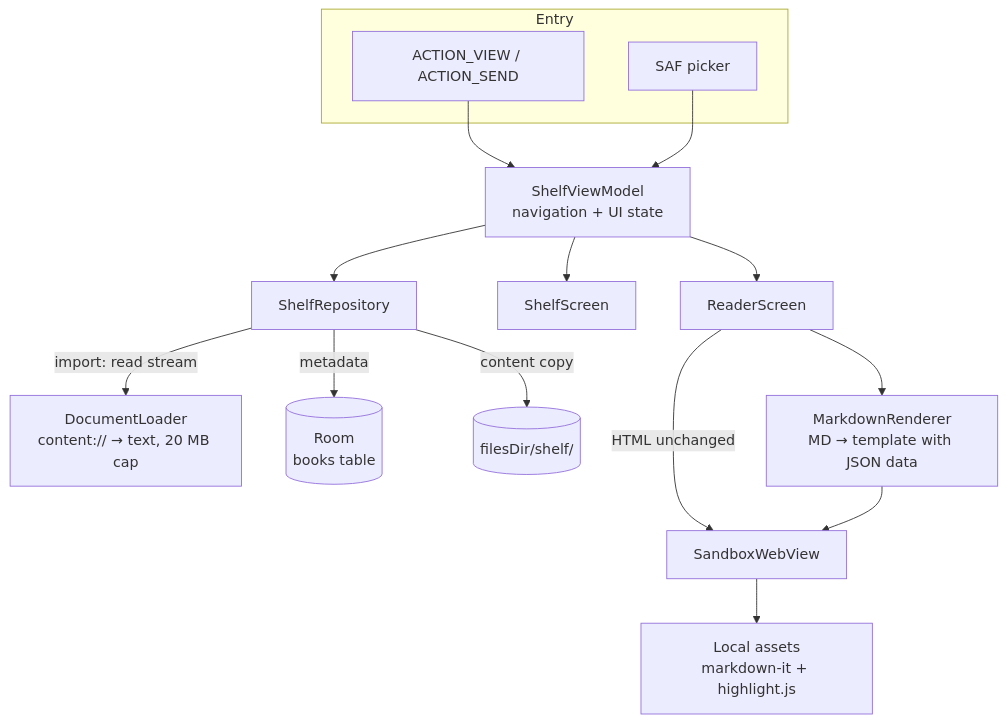
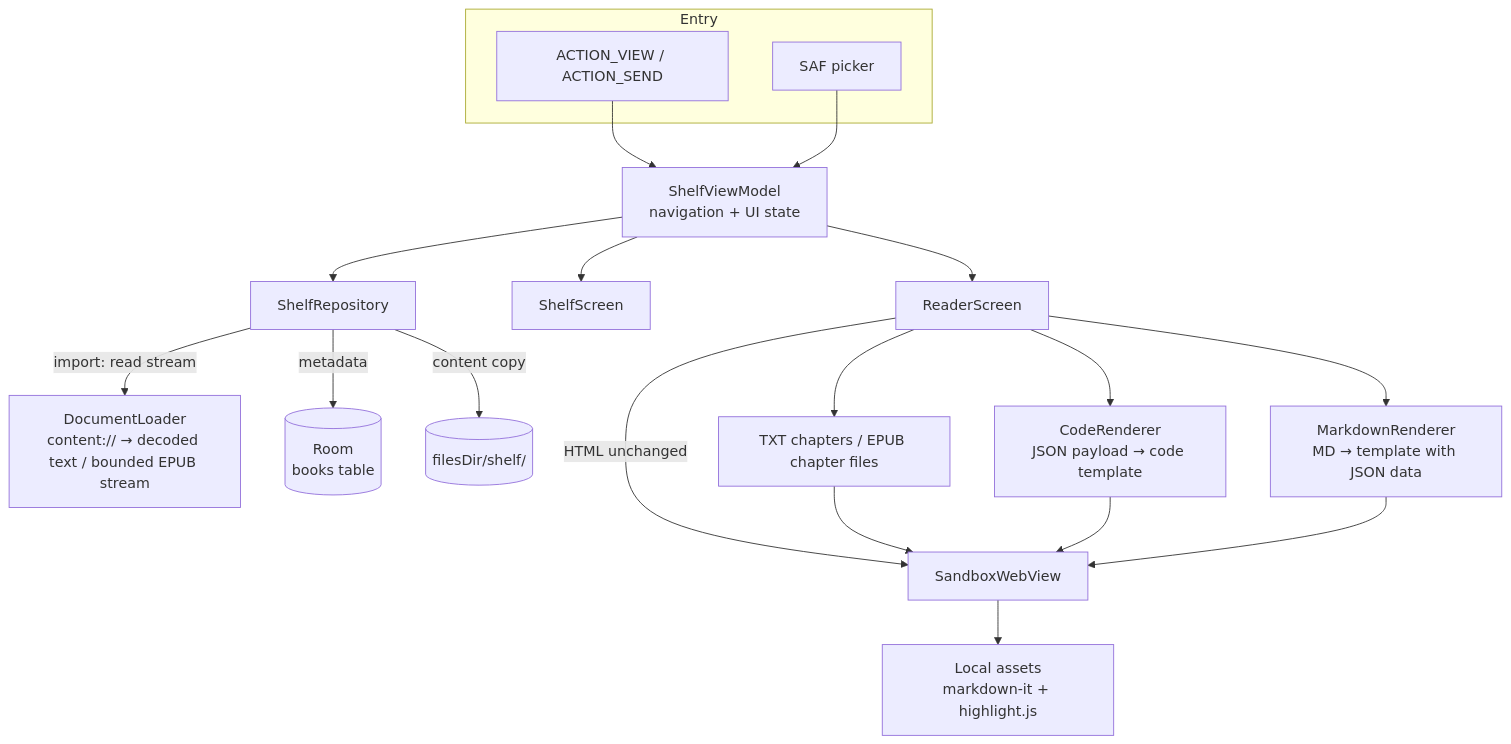
One commit to Zer0Rin/yhviewer changed the second of 2 diagrams in README.md. Above: the diagram before and after it, drawn with Mermaid. The commit also changed other lines of this file and 41 other files, not shown here.

Commit message:
feat: add code, TXT and EPUB readers with saved progress

````diff
--- a/README.md
+++ b/README.md
@@ -80,19 +94,23 @@
 ```mermaid
 flowchart TB
     subgraph Entry
         Intent["ACTION_VIEW / ACTION_SEND"]
         Picker["SAF picker"]
     end
     Intent --> VM
     Picker --> VM
     VM["ShelfViewModel<br/>navigation + UI state"] --> Repo["ShelfRepository"]
-    Repo -->|"import: read stream"| Loader["DocumentLoader<br/>content:// → text, 20 MB cap"]
+    Repo -->|"import: read stream"| Loader["DocumentLoader<br/>content:// → decoded text / bounded EPUB stream"]
     Repo -->|"metadata"| Room[("Room<br/>books table")]
     Repo -->|"content copy"| Files[("filesDir/shelf/")]
     VM --> Shelf["ShelfScreen"]
     VM --> Reader["ReaderScreen"]
     Reader --> MD["MarkdownRenderer<br/>MD → template with JSON data"]
     Reader -->|"HTML unchanged"| Sandbox["SandboxWebView"]
+    Reader --> Books["TXT chapters / EPUB chapter files"]
+    Reader --> Code["CodeRenderer<br/>JSON payload → code template"]
+    Books --> Sandbox
+    Code --> Sandbox
     MD --> Sandbox
     Sandbox --> Assets["Local assets<br/>markdown-it + highlight.js"]
 ```
````
